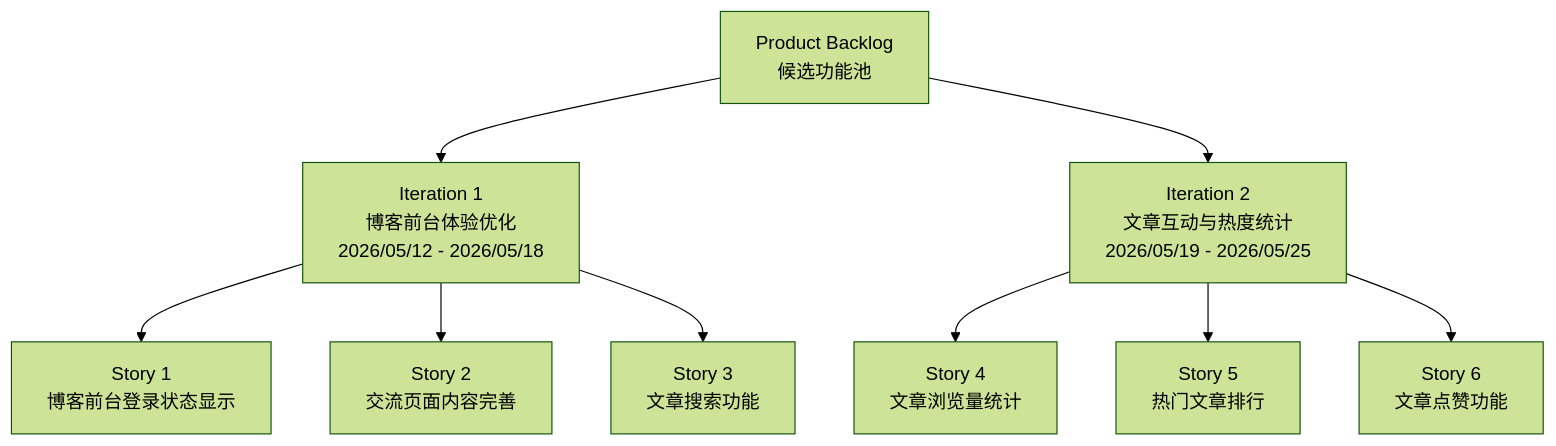
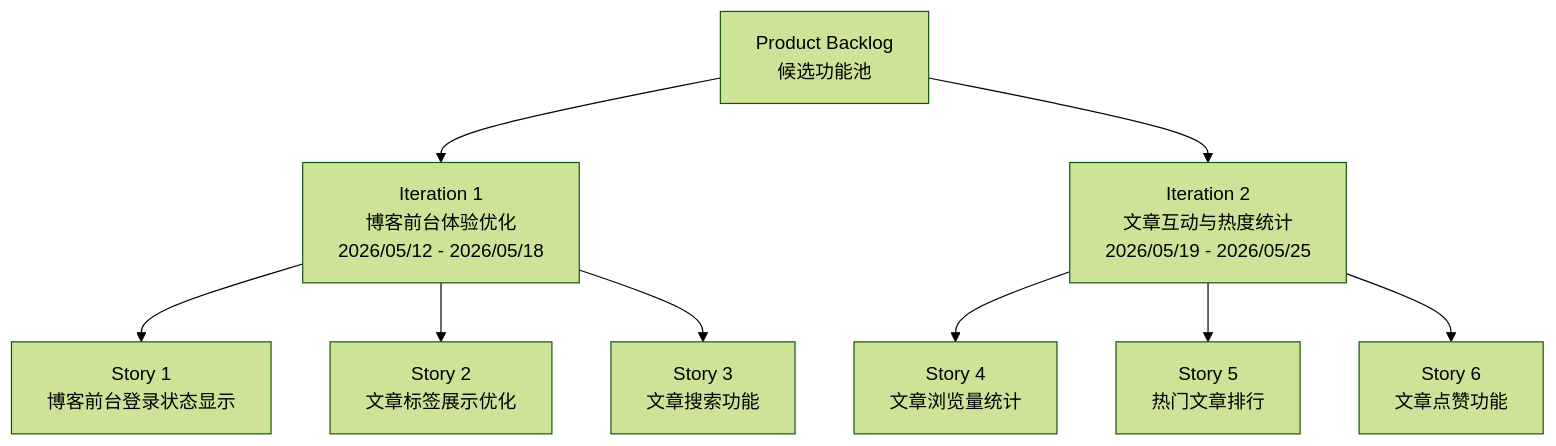
The fourth of 7 diagrams in README.md (zxc2005517-stack/bootdo-blog-system), drawn with Mermaid (forest theme) before and after one commit. The commit also changed other lines of this file, not shown here.

````diff
--- a/README.md
+++ b/README.md
@@ -127,15 +127,15 @@
 ```mermaid
 graph TD
     A[Product Backlog<br/>候选功能池]
 
     A --> B[Iteration 1<br/>博客前台体验优化<br/>2026/05/12 - 2026/05/18]
     A --> C[Iteration 2<br/>文章互动与热度统计<br/>2026/05/19 - 2026/05/25]
 
     B --> B1[Story 1<br/>博客前台登录状态显示]
-    B --> B2[Story 2<br/>交流页面内容完善]
+    B --> B2[Story 2<br/>文章标签展示优化]
     B --> B3[Story 3<br/>文章搜索功能]
 
     C --> C1[Story 4<br/>文章浏览量统计]
     C --> C2[Story 5<br/>热门文章排行]
     C --> C3[Story 6<br/>文章点赞功能]
 ```
````
